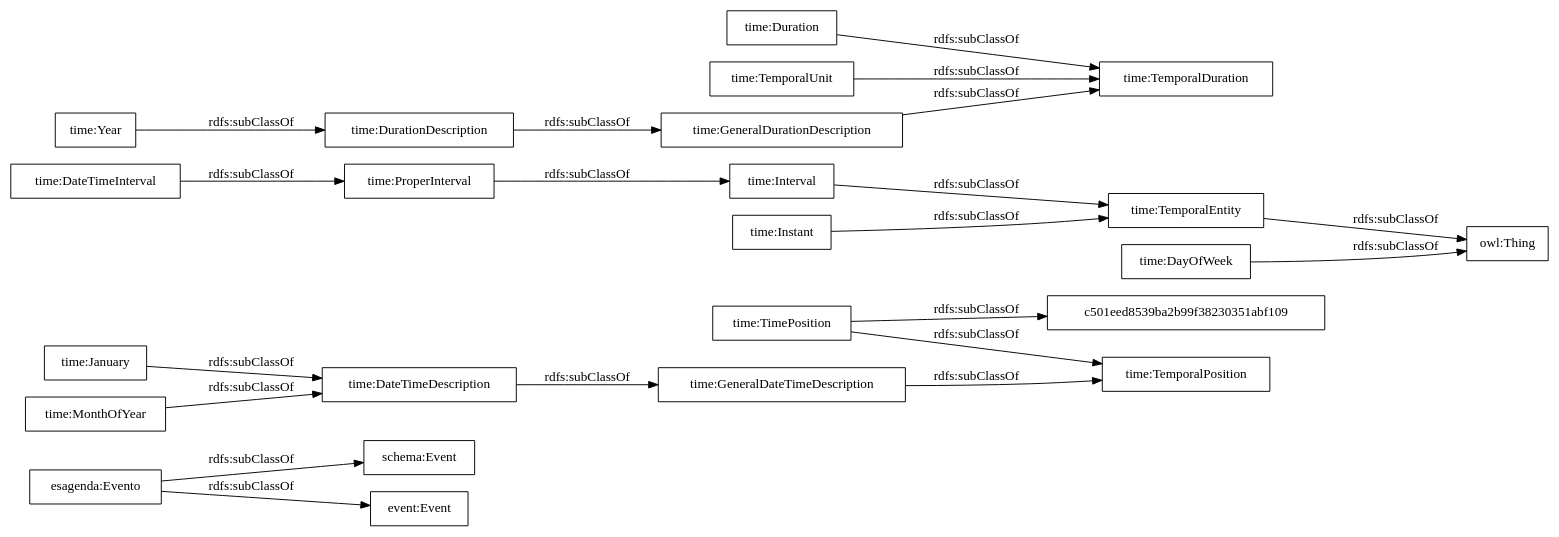
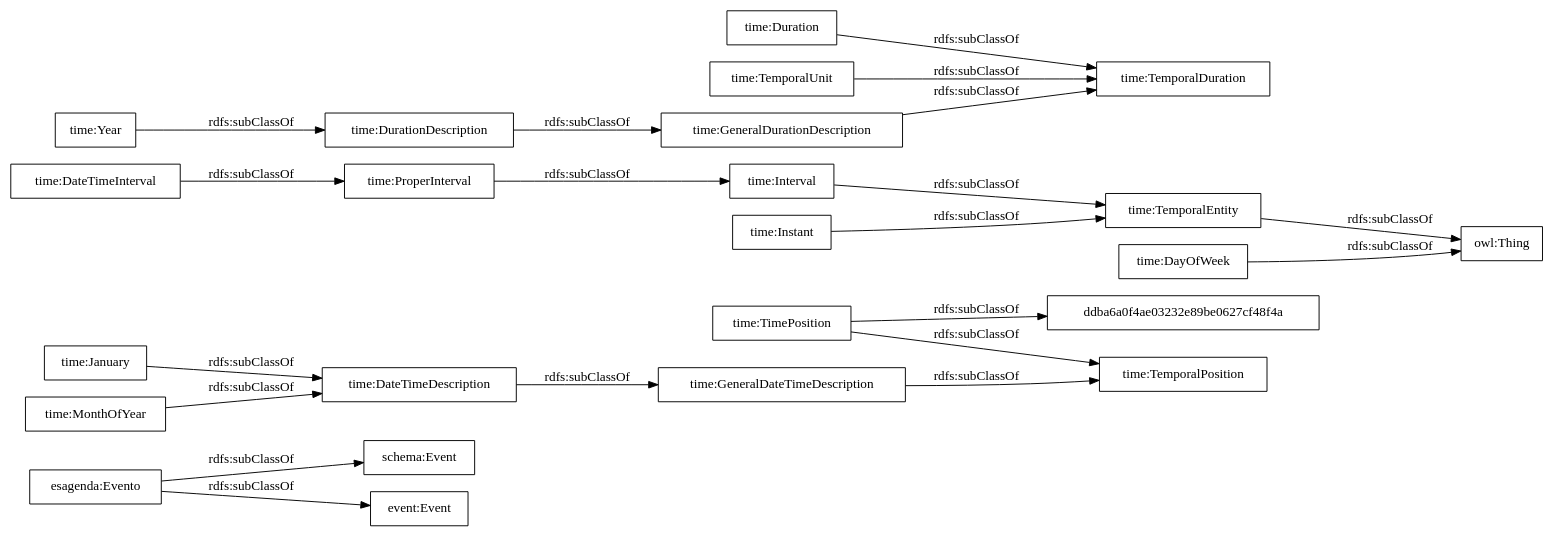
The diagram in OnToology/agenda.owl/diagrams/ar2dtool-taxonomy/agenda.owl.png.dot (paoespinozarias/cultura-ocio-agenda-eventos-actividades), drawn with Graphviz before and after one commit. The commit also changed 11 other files, not shown here.

```diff
--- a/OnToology/agenda.owl/diagrams/ar2dtool-taxonomy/agenda.owl.png.dot
+++ b/OnToology/agenda.owl/diagrams/ar2dtool-taxonomy/agenda.owl.png.dot
@@ -1,25 +1,25 @@
 digraph ar2dtool_diagram { 
 rankdir=LR;
 size="1000"
-node [shape = rectangle, color="black"]; "esagenda:Evento" "schema:Event" "event:Event" "time:GeneralDateTimeDescription" "time:DateTimeInterval" "time:DurationDescription" "time:TemporalDuration" "time:Duration" "time:GeneralDurationDescription" "time:January" "time:ProperInterval" "time:TimePosition" "time:TemporalPosition" "time:Interval" "time:TemporalEntity" "time:Year" "time:MonthOfYear" "time:DateTimeDescription" "c501eed8539ba2b99f38230351abf109" "time:TemporalUnit" "time:Instant" "time:DayOfWeek" ; /*classes style*/
+node [shape = rectangle, color="black"]; "esagenda:Evento" "schema:Event" "event:Event" "time:GeneralDateTimeDescription" "time:DateTimeInterval" "time:DurationDescription" "time:TemporalDuration" "time:Duration" "time:GeneralDurationDescription" "time:January" "time:ProperInterval" "time:TimePosition" "time:TemporalPosition" "time:Interval" "time:TemporalEntity" "ddba6a0f4ae03232e89be0627cf48f4a" "time:Year" "time:MonthOfYear" "time:DateTimeDescription" "time:TemporalUnit" "time:Instant" "time:DayOfWeek" ; /*classes style*/
 	"time:TemporalEntity" -> "owl:Thing" [ label = "rdfs:subClassOf" ];
 	"time:DateTimeInterval" -> "time:ProperInterval" [ label = "rdfs:subClassOf" ];
 	"time:DayOfWeek" -> "owl:Thing" [ label = "rdfs:subClassOf" ];
 	"time:TemporalUnit" -> "time:TemporalDuration" [ label = "rdfs:subClassOf" ];
 	"time:Year" -> "time:DurationDescription" [ label = "rdfs:subClassOf" ];
 	"time:Interval" -> "time:TemporalEntity" [ label = "rdfs:subClassOf" ];
 	"time:MonthOfYear" -> "time:DateTimeDescription" [ label = "rdfs:subClassOf" ];
 	"time:GeneralDurationDescription" -> "time:TemporalDuration" [ label = "rdfs:subClassOf" ];
 	"time:GeneralDateTimeDescription" -> "time:TemporalPosition" [ label = "rdfs:subClassOf" ];
 	"time:DateTimeDescription" -> "time:GeneralDateTimeDescription" [ label = "rdfs:subClassOf" ];
 	"time:DurationDescription" -> "time:GeneralDurationDescription" [ label = "rdfs:subClassOf" ];
-	"time:TimePosition" -> "c501eed8539ba2b99f38230351abf109" [ label = "rdfs:subClassOf" ];
+	"time:TimePosition" -> "ddba6a0f4ae03232e89be0627cf48f4a" [ label = "rdfs:subClassOf" ];
 	"time:TimePosition" -> "time:TemporalPosition" [ label = "rdfs:subClassOf" ];
 	"time:January" -> "time:DateTimeDescription" [ label = "rdfs:subClassOf" ];
 	"time:ProperInterval" -> "time:Interval" [ label = "rdfs:subClassOf" ];
 	"time:Instant" -> "time:TemporalEntity" [ label = "rdfs:subClassOf" ];
 	"esagenda:Evento" -> "schema:Event" [ label = "rdfs:subClassOf" ];
 	"esagenda:Evento" -> "event:Event" [ label = "rdfs:subClassOf" ];
 	"time:Duration" -> "time:TemporalDuration" [ label = "rdfs:subClassOf" ];
 
 }
```
